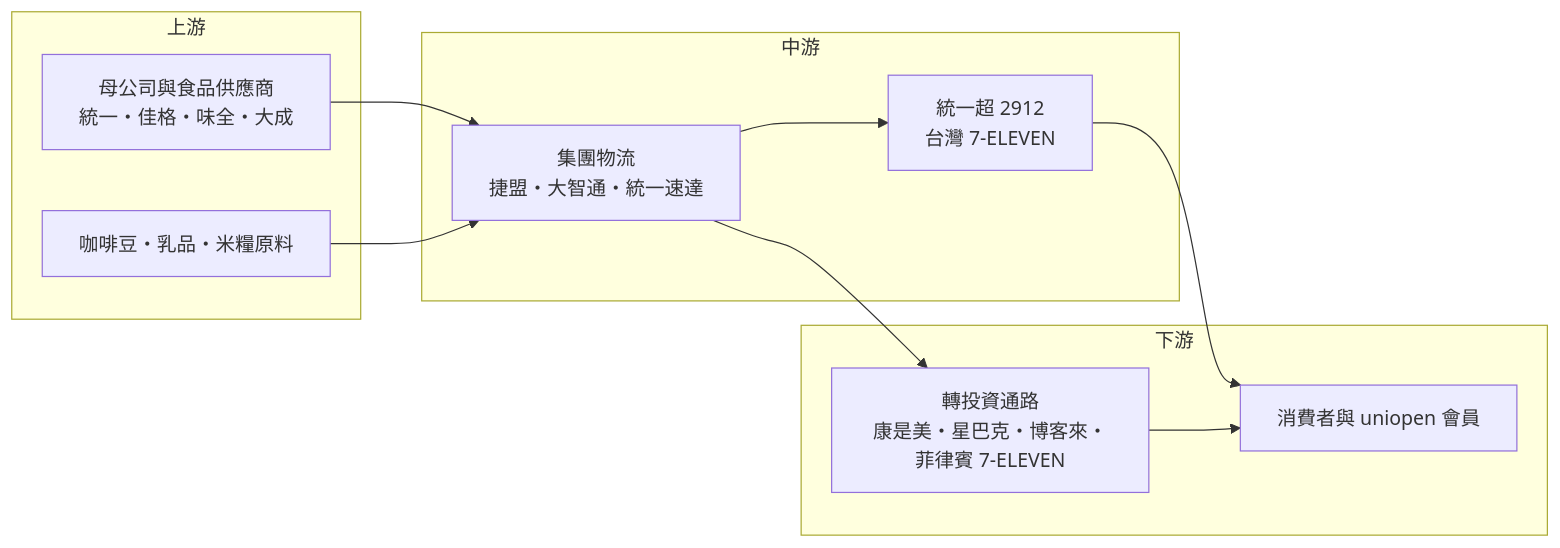
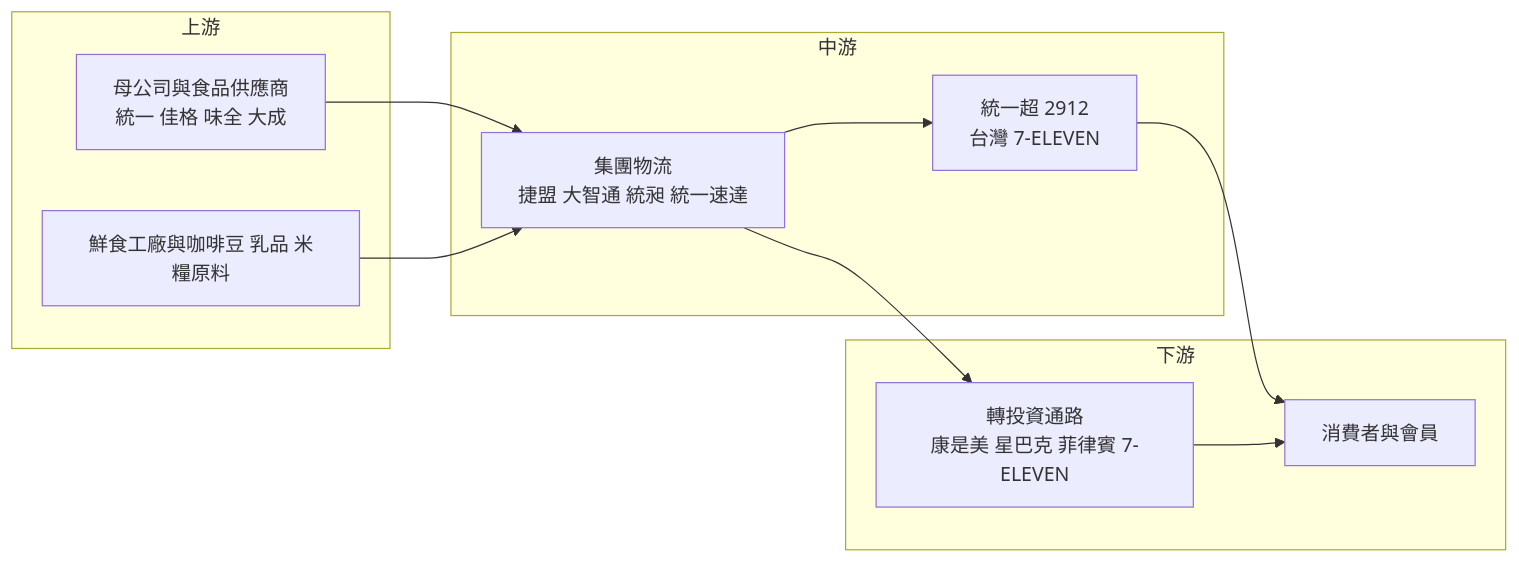
Before and after one commit to wangnick1004/taiwan-stock-vault: the fourth of 4 diagrams in 個股/台股/2912統一超.md, drawn with Mermaid. The commit also changed other lines of this file and 7 other files, not shown here.

````diff
--- a/個股/台股/2912統一超.md
+++ b/個股/台股/2912統一超.md
@@ -215,21 +225,21 @@
 ```mermaid
 flowchart LR
     subgraph 上游
-        A1[母公司與食品供應商<br/>統一・佳格・味全・大成]
-        A2[咖啡豆・乳品・米糧原料]
+        A1[母公司與食品供應商<br/>統一 佳格 味全 大成]
+        A2[鮮食工廠與咖啡豆 乳品 米糧原料]
     end
     subgraph 中游
         B[統一超 2912<br/>台灣 7-ELEVEN]
-        B1[集團物流<br/>捷盟・大智通・統一速達]
+        B1[集團物流<br/>捷盟 大智通 統昶 統一速達]
     end
     subgraph 下游
-        C1[轉投資通路<br/>康是美・星巴克・博客來・菲律賓 7-ELEVEN]
-        C2[消費者與 uniopen 會員]
+        C1[轉投資通路<br/>康是美 星巴克 菲律賓 7-ELEVEN]
+        C2[消費者與會員]
     end
     A1 --> B1
     A2 --> B1
     B1 --> B
     B --> C2
     B1 --> C1
     C1 --> C2
 ```
````
